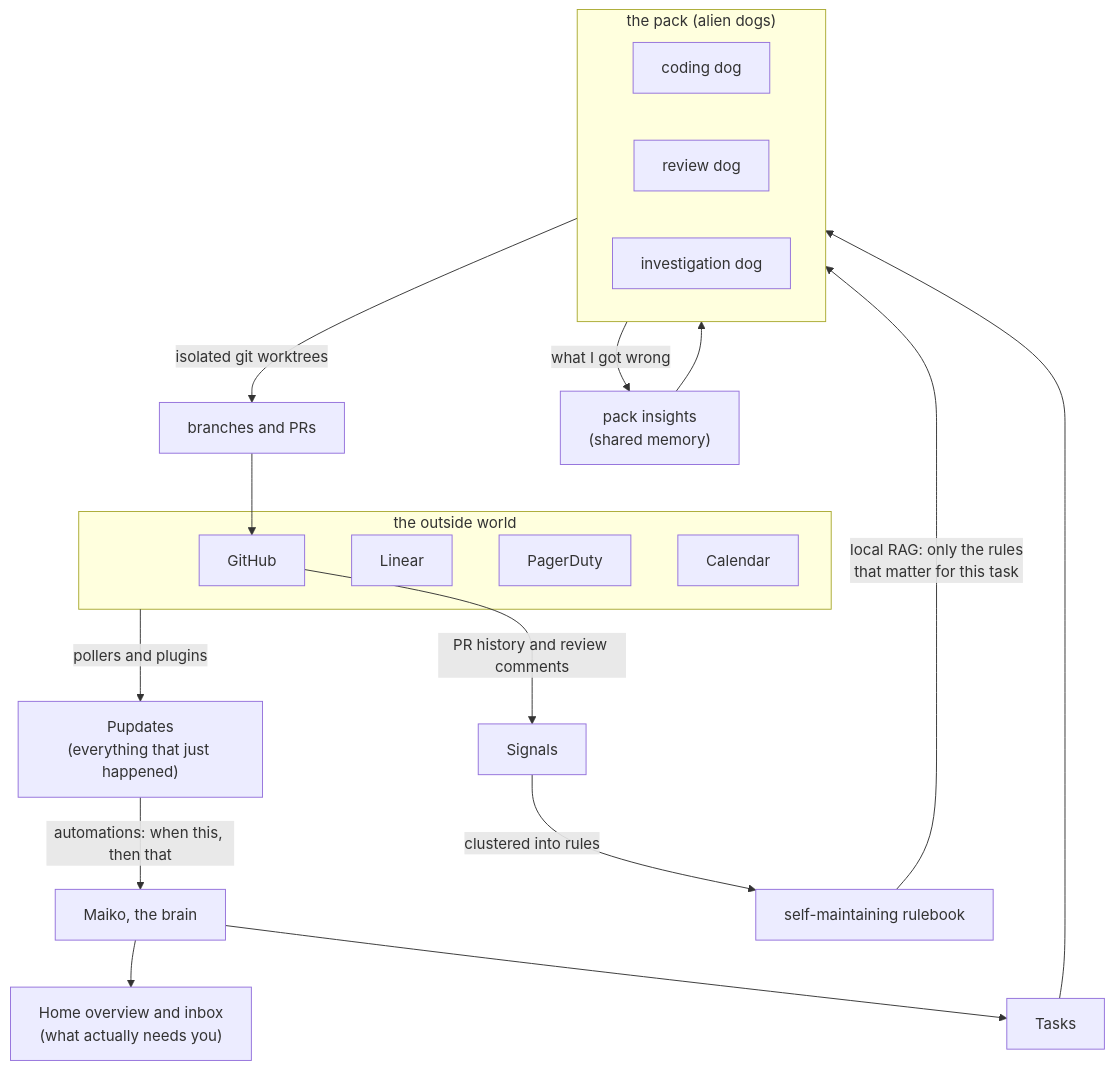
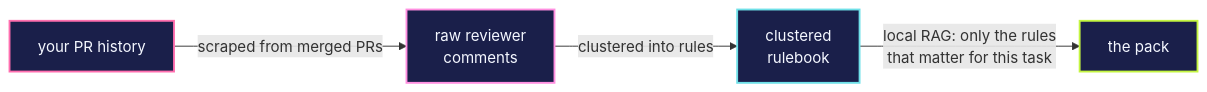
One commit to bkawa-bot/planet-maiko changed the first of 3 diagrams in README.md. Above: the diagram before and after it, drawn with Mermaid. The commit also changed other lines of this file, not shown here.

Commit message:
README: three small diagrams in palette colors instead of one big one
The single mermaid had too many nodes and arrows for the marketing
register; eyes skipped it. Replaced with three small focused
flowcharts, each under its own concept heading:

- A self-maintaining rulebook from your team's PR history
- The dogs confess their own mistakes
- How a task moves through the system

Each node uses Cosmic Indigo fill with a per-role palette stroke
(Neon Pink for sources, Magenta Spark for signals, Frozen Cyan for
the pack / rulebook, Toxic Lime for memory, Star Yellow for
automations, Soft Lavender for tasks) so identity carries across all
three. Bullet prose folded into the section headings so each part
stands on its own.

````diff
--- a/README.md
+++ b/README.md
@@ -37,30 +33,15 @@
 ```mermaid
-flowchart TD
-  subgraph SRC["the outside world"]
-    GH["GitHub"]
-    LN["Linear"]
-    PD["PagerDuty"]
-    CAL["Calendar"]
-  end
+flowchart LR
+  GH["your PR history"]:::source
+  SIG["raw reviewer<br/>comments"]:::signal
+  RULES["clustered<br/>rulebook"]:::rules
+  PACK["the pack"]:::pack
+  GH -->|"scraped from merged PRs"| SIG
+  SIG -->|"clustered into rules"| RULES
+  RULES -->|"local RAG: only the rules<br/>that matter for this task"| PACK
 
-  SRC -->|"pollers and plugins"| PUP["Pupdates<br/>(everything that just happened)"]
-  PUP -->|"automations: when this, then that"| BRAIN["Maiko, the brain"]
-  BRAIN --> HOME["Home overview and inbox<br/>(what actually needs you)"]
-  BRAIN --> TASKS["Tasks"]
-  TASKS --> PACK
-
-  subgraph PACK["the pack (alien dogs)"]
-    A1["coding dog"]
-    A2["review dog"]
-    A3["investigation dog"]
-  end
-
-  PACK -->|"isolated git worktrees"| PR["branches and PRs"]
-  PR --> GH
-
-  GH -->|"PR history and review comments"| SIG["Signals"]
-  SIG -->|"clustered into rules"| RULES["self-maintaining rulebook"]
-  RULES -->|"local RAG: only the rules<br/>that matter for this task"| PACK
-  PACK -->|"what I got wrong"| INS["pack insights<br/>(shared memory)"]
-  INS --> PACK
+  classDef source fill:#1A1F4A,stroke:#FF6FAF,stroke-width:2px,color:#F4F7FF;
+  classDef signal fill:#1A1F4A,stroke:#FF8FE0,stroke-width:2px,color:#F4F7FF;
+  classDef rules fill:#1A1F4A,stroke:#6FE0E8,stroke-width:2px,color:#F4F7FF;
+  classDef pack fill:#1A1F4A,stroke:#C4F542,stroke-width:2px,color:#F4F7FF;
 ```
````
